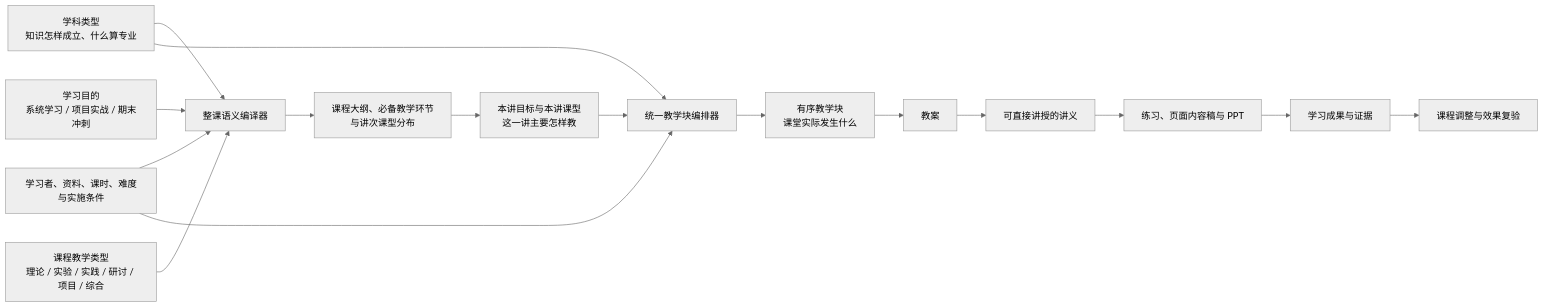
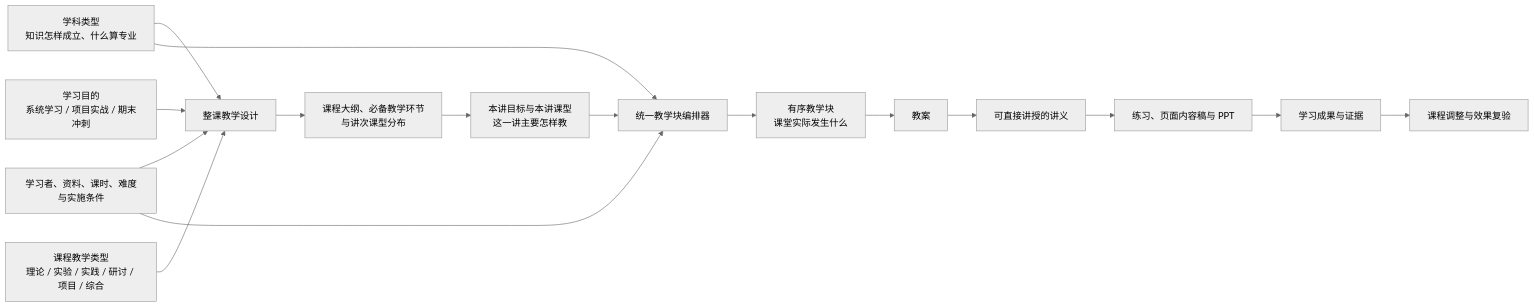
The second of 3 diagrams in docs/产品蓝图.md (elgoog577215-beep/hackthon), drawn with Mermaid (neutral theme) before and after one commit. The commit also changed other lines of this file, not shown here.

````diff
--- a/docs/产品蓝图.md
+++ b/docs/产品蓝图.md
@@ -55,18 +55,18 @@
 ```mermaid
 flowchart LR
-    A["学习目的<br/>系统学习 / 项目实战 / 期末冲刺"] --> E["整课语义编译器"]
+    A["学习目的<br/>系统学习 / 项目实战 / 期末冲刺"] --> E["整课教学设计"]
     B["学科类型<br/>知识怎样成立、什么算专业"] --> E
     C["课程教学类型<br/>理论 / 实验 / 实践 / 研讨 / 项目 / 综合"] --> E
     D["学习者、资料、课时、难度与实施条件"] --> E
     E --> F["课程大纲、必备教学环节<br/>与讲次课型分布"]
     F --> G["本讲目标与本讲课型<br/>这一讲主要怎样教"]
     B --> H["统一教学块编排器"]
     D --> H
     G --> H
     H --> I["有序教学块<br/>课堂实际发生什么"]
     I --> J["教案"]
     J --> K["可直接讲授的讲义"]
     K --> L["练习、页面内容稿与 PPT"]
     L --> M["学习成果与证据"]
     M --> N["课程调整与效果复验"]
 ```
````
